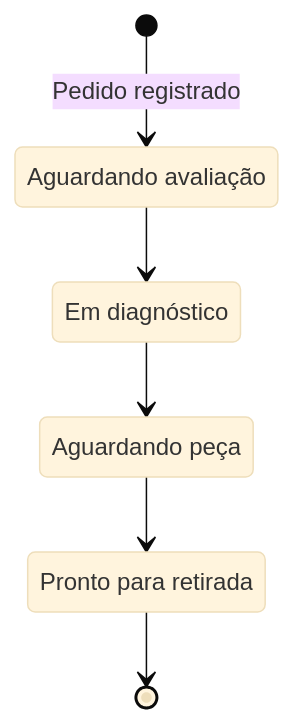
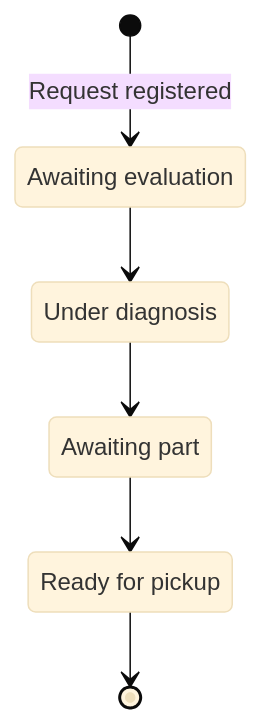
Before and after one commit to jcesarmph-ui/conserta-facil: the fourth of 4 diagrams in README.md, drawn with Mermaid (base theme). The commit also changed other lines of this file and 1 other file, not shown here.

````diff
--- a/README.md
+++ b/README.md
@@ -156,12 +170,12 @@
 ```mermaid
 stateDiagram-v2
-    [*] --> aguardando_avaliacao: Pedido registrado
-    state "Aguardando avaliação" as aguardando_avaliacao
-    state "Em diagnóstico" as em_diagnostico
-    state "Aguardando peça" as aguardando_peca
-    state "Pronto para retirada" as pronto
+    [*] --> aguardando_avaliacao: Request registered
+    state "Awaiting evaluation" as aguardando_avaliacao
+    state "Under diagnosis" as em_diagnostico
+    state "Awaiting part" as aguardando_peca
+    state "Ready for pickup" as pronto
     aguardando_avaliacao --> em_diagnostico
     em_diagnostico --> aguardando_peca
     aguardando_peca --> pronto
     pronto --> [*]
 ```
````
